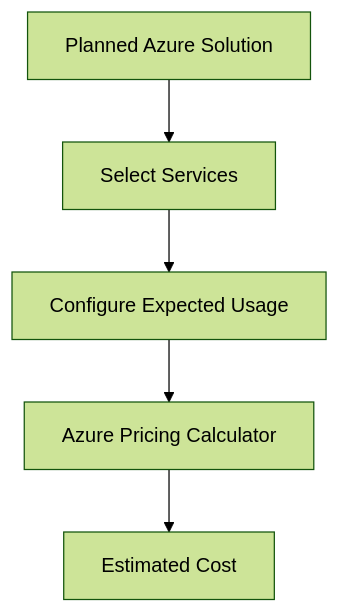
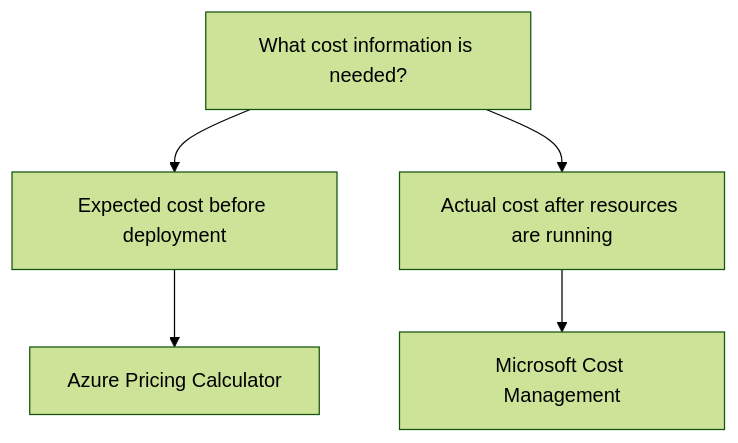
One commit to zhyordanova/azure-fundamentals-handbook changed the diagram in docs/09-cost-management/2-azure-pricing-calculator.md. Above: the diagram before and after it, drawn with Mermaid (forest theme). The commit also changed other lines of this file and 4 other files, not shown here.

Commit message:
feat: upgrade cost management chapter with decision-based exam reasoning

````diff
--- a/docs/09-cost-management/2-azure-pricing-calculator.md
+++ b/docs/09-cost-management/2-azure-pricing-calculator.md
@@ -29,13 +35,8 @@
 ```mermaid
 flowchart TD
-    Solution["Planned Azure Solution"]
-    Services["Select Services"]
-    Usage["Configure Expected Usage"]
-    Calculator["Azure Pricing Calculator"]
-    Cost["Estimated Cost"]
-
-    Solution --> Services
-    Services --> Usage
-    Usage --> Calculator
-    Calculator --> Cost
+    A["What cost information is needed?"]
+    A --> B["Expected cost before deployment"]
+    A --> C["Actual cost after resources are running"]
+    B --> PC["Azure Pricing Calculator"]
+    C --> CM["Microsoft Cost Management"]
 ```
````
